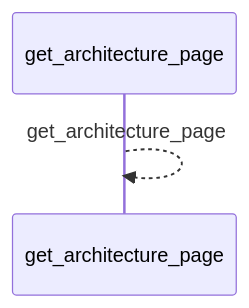
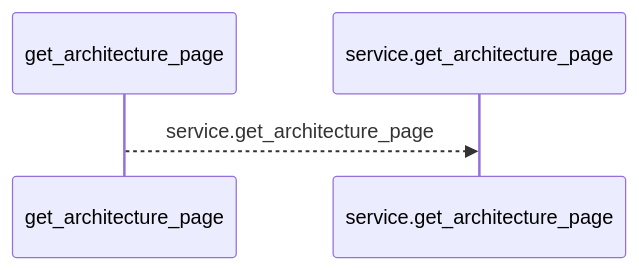
Before and after one commit to Denissvgn/python-wiki-llm: the first of 2 diagrams in docs/llm_wiki/flows/mcp-get_architecture_page.md, drawn with Mermaid. The commit also changed other lines of this file and 719 other files, not shown here.

````diff
--- a/docs/llm_wiki/flows/mcp-get_architecture_page.md
+++ b/docs/llm_wiki/flows/mcp-get_architecture_page.md
@@ -10,5 +10,6 @@
 ```mermaid
 sequenceDiagram
     participant p0 as get_architecture_page
-    p0-->>p0: get_architecture_page
+    participant p1 as service.get_architecture_page
+    p0-->>p1: service.get_architecture_page
 ```
````
